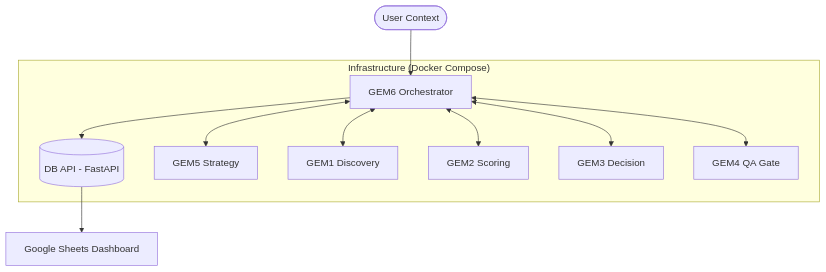
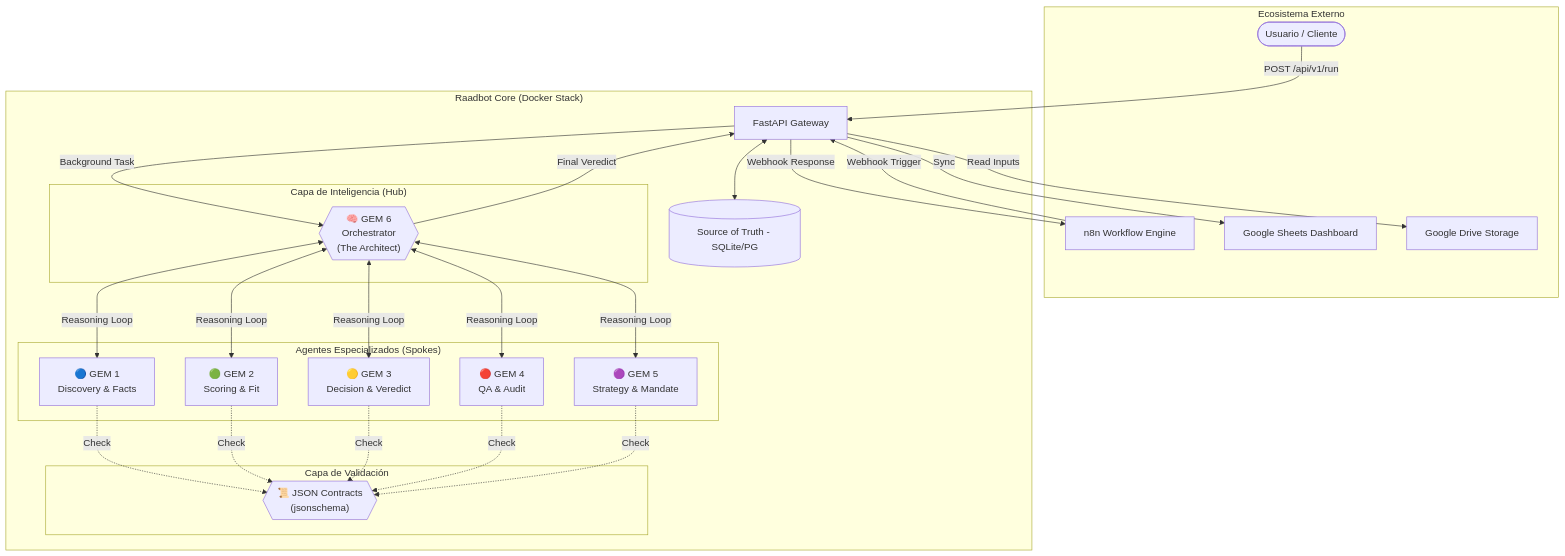
Before and after one commit to tomascarminatti-ux/raadbot: the first of 3 diagrams in README.md, drawn with Mermaid. The commit also changed other lines of this file and 2 other files, not shown here.

First line of the commit message:
docs: update README.md with detailed diagrams and bump version to v3.0.0

````diff
--- a/README.md
+++ b/README.md
@@ -15,21 +15,48 @@
 ```mermaid
-graph TD
-    User([User Context]) --> GEM6[GEM6 Orchestrator]
-    GEM6 --> DB[(DB API - FastAPI)]
-    GEM6 <--> GEM5[GEM5 Strategy]
-    GEM6 <--> GEM1[GEM1 Discovery]
-    GEM6 <--> GEM2[GEM2 Scoring]
-    GEM6 <--> GEM3[GEM3 Decision]
-    GEM6 <--> GEM4[GEM4 QA Gate]
-    DB --> Sheets[Google Sheets Dashboard]
-    
-    subgraph "Infrastructure (Docker Compose)"
-    GEM6
-    GEM5
-    GEM1
-    GEM2
-    GEM3
-    GEM4
-    DB
+graph TB
+    subgraph "Ecosistema Externo"
+        User([Usuario / Cliente])
+        n8n[n8n Workflow Engine]
+        Sheets[Google Sheets Dashboard]
+        Drive[Google Drive Storage]
     end
+
+    subgraph "Raadbot Core (Docker Stack)"
+        API[FastAPI Gateway]
+        DB[(Source of Truth - SQLite/PG)]
+
+        subgraph "Capa de Inteligencia (Hub)"
+            GEM6{{"🧠 GEM 6<br/>Orchestrator<br/>(The Architect)"}}
+        end
+
+        subgraph "Agentes Especializados (Spokes)"
+            GEM1["🔵 GEM 1<br/>Discovery & Facts"]
+            GEM2["🟢 GEM 2<br/>Scoring & Fit"]
+            GEM3["🟡 GEM 3<br/>Decision & Veredict"]
+            GEM4["🔴 GEM 4<br/>QA & Audit"]
+            GEM5["🟣 GEM 5<br/>Strategy & Mandate"]
+        end
+
+        subgraph "Capa de Validación"
+            Contracts{{"📜 JSON Contracts<br/>(jsonschema)"}}
+        end
+    end
+
+    User -->|POST /api/v1/run| API
+    n8n -->|Webhook Trigger| API
+    API -->|Background Task| GEM6
+    API <--> DB
+
+    GEM6 <-->|Reasoning Loop| GEM1
+    GEM6 <-->|Reasoning Loop| GEM2
+    GEM6 <-->|Reasoning Loop| GEM3
+    GEM6 <-->|Reasoning Loop| GEM4
+    GEM6 <-->|Reasoning Loop| GEM5
+
+    GEM1 & GEM2 & GEM3 & GEM4 & GEM5 -.->|Check| Contracts
+
+    GEM6 -->|Final Veredict| API
+    API -->|Webhook Response| n8n
+    API -->|Sync| Sheets
+    API -->|Read Inputs| Drive
 ```
````
